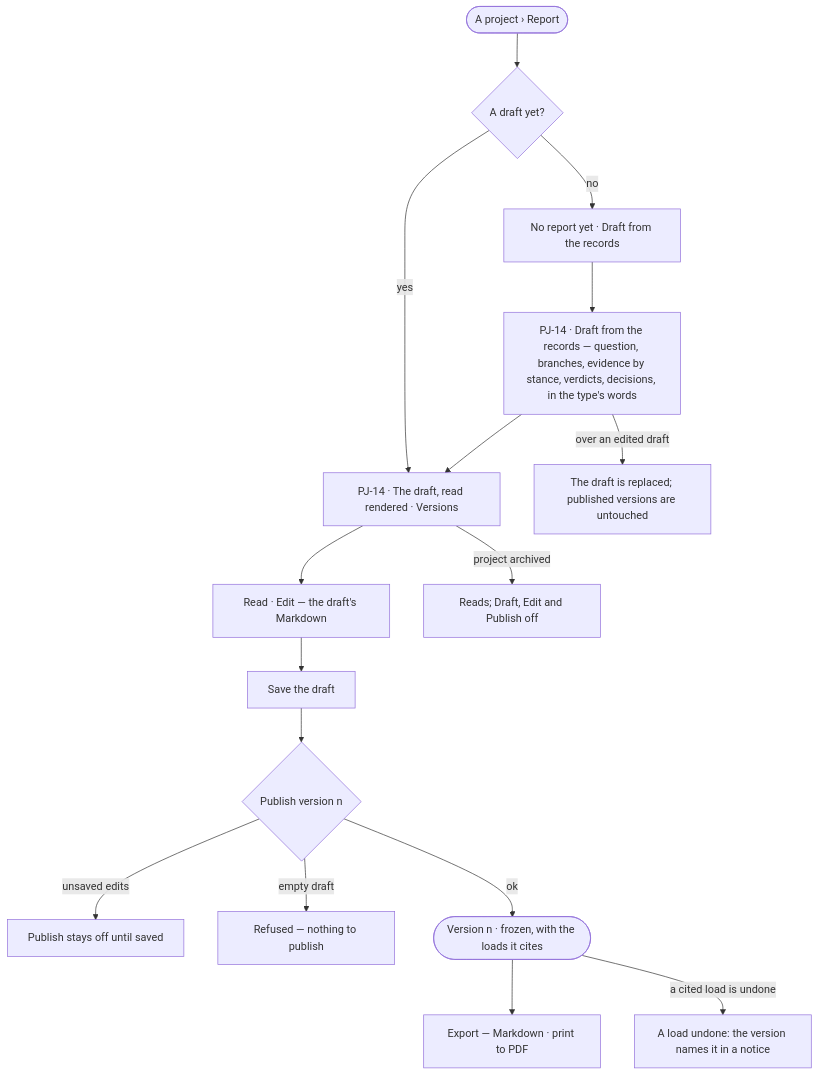
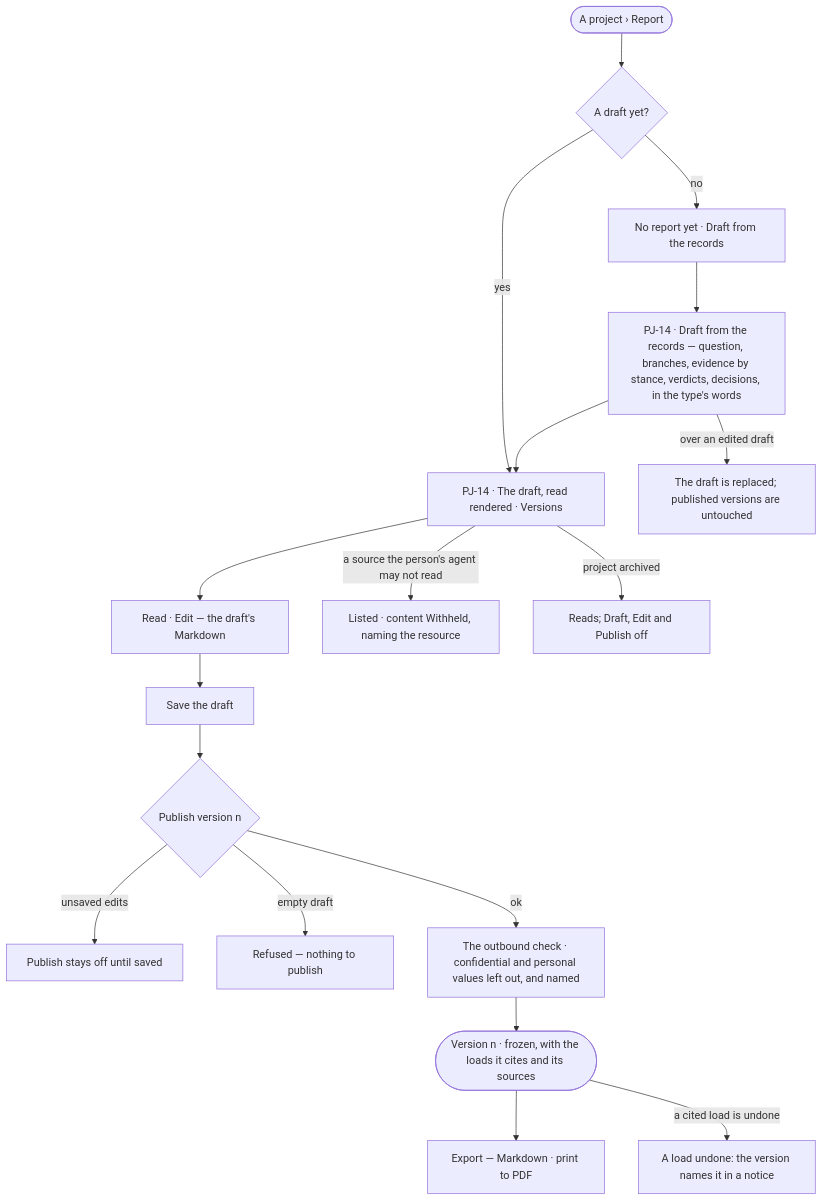
The diagram in specs/capabilities/projects/features/PJ-F05-project-reports/feature.md (invana/invana), drawn with Mermaid before and after one commit. The commit also changed other lines of this file and 300 other files, not shown here.

````diff
--- a/specs/capabilities/projects/features/PJ-F05-project-reports/feature.md
+++ b/specs/capabilities/projects/features/PJ-F05-project-reports/feature.md
@@ -24,18 +24,20 @@
 ```mermaid
 flowchart TD
   s([A project › Report]) --> any{"A draft yet?"}
   any -->|no| empty["No report yet · Draft from the records"]
   any -->|yes| read["PJ-14 · The draft, read rendered · Versions"]
   empty --> gen["PJ-14 · Draft from the records — question, branches, evidence by stance, verdicts, decisions, in the type's words"]
   gen -->|over an edited draft| warn["The draft is replaced; published versions are untouched"]
   gen --> read
   read --> edit["Read · Edit — the draft's Markdown"]
   edit --> save["Save the draft"]
   save --> pub{"Publish version n"}
   pub -->|unsaved edits| off["Publish stays off until saved"]
   pub -->|empty draft| ref["Refused — nothing to publish"]
-  pub -->|ok| ver(["Version n · frozen, with the loads it cites"])
+  pub -->|ok| ob["The outbound check · confidential and personal values left out, and named"]
+  ob --> ver(["Version n · frozen, with the loads it cites and its sources"])
   ver --> exp["Export — Markdown · print to PDF"]
   ver -->|a cited load is undone| notice["A load undone: the version names it in a notice"]
+  read -->|a source the person's agent may not read| red["Listed · content Withheld, naming the resource"]
   read -->|project archived| arch["Reads; Draft, Edit and Publish off"]
 ```
````
